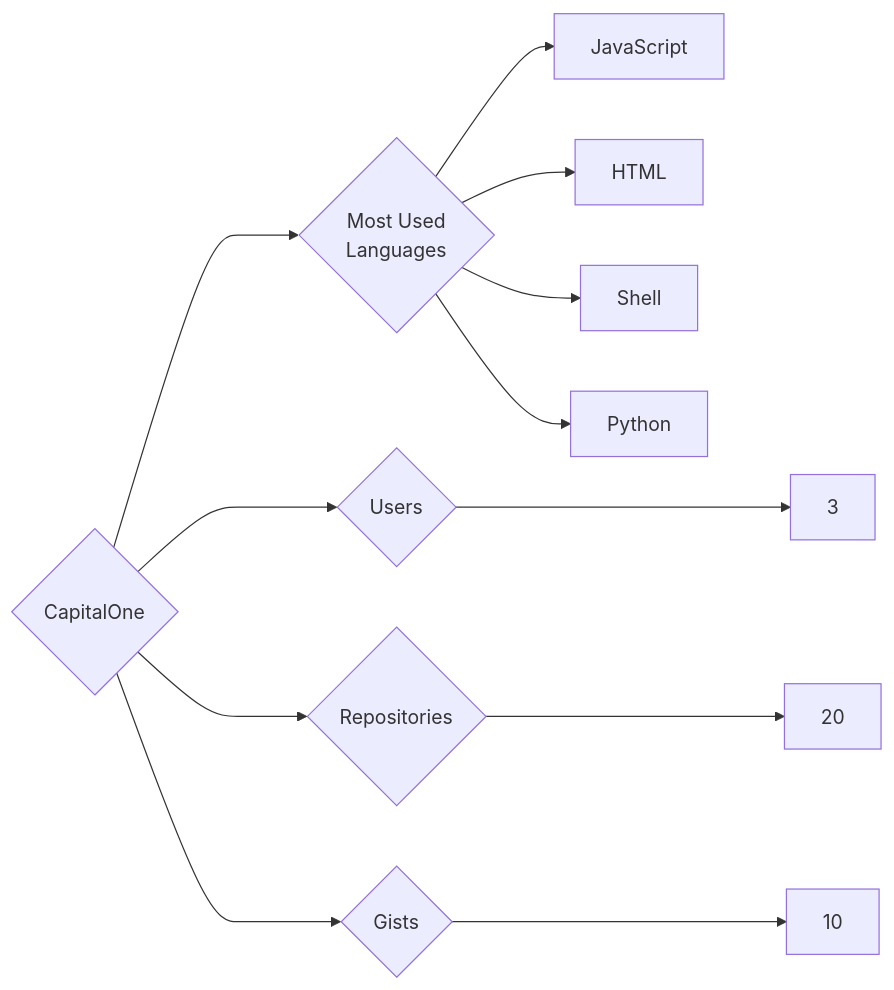
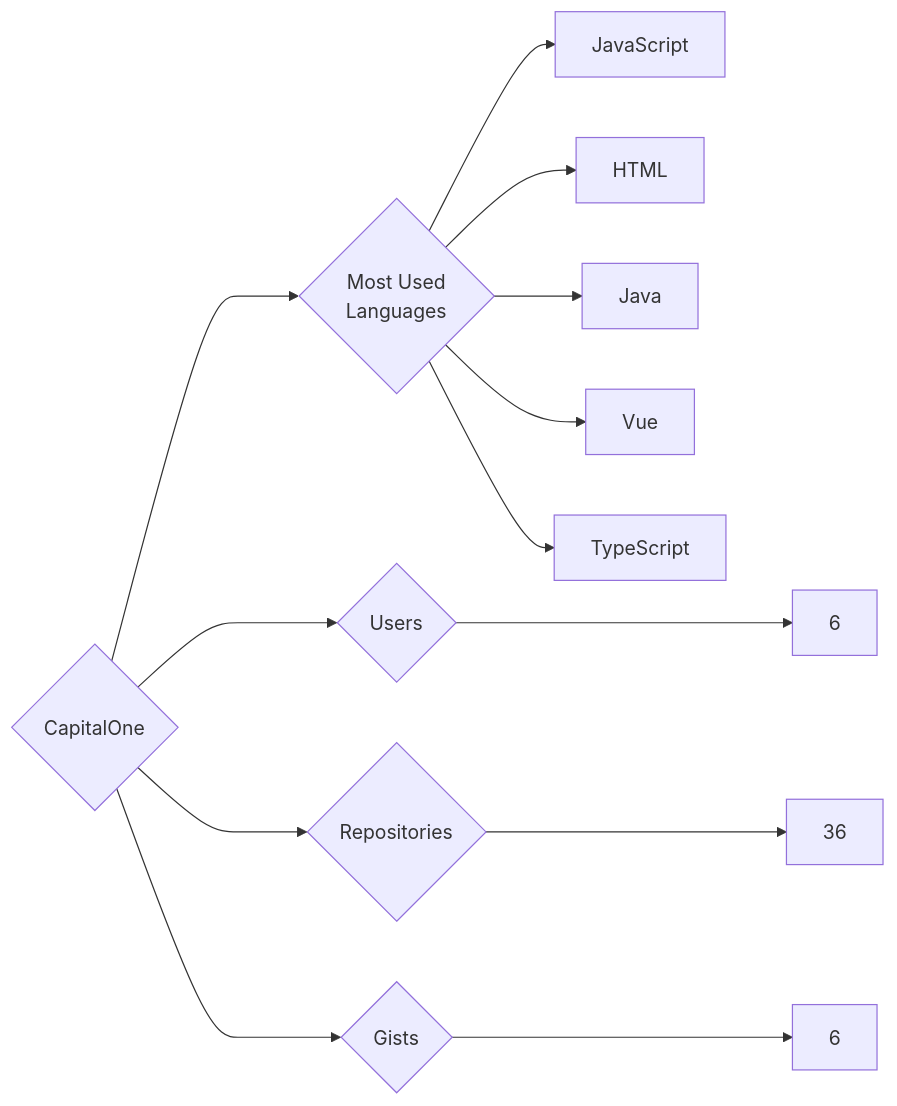
Before and after one commit to trickest/insiders: the diagram in targets/CapitalOne/README.md, drawn with Mermaid. The commit also changed 1007 other files, not shown here.

````diff
--- a/targets/CapitalOne/README.md
+++ b/targets/CapitalOne/README.md
@@ -3,12 +3,13 @@
 ```mermaid
 graph LR
 COMPANY_NAME{CapitalOne}
-COMPANY_NAME ---> U{Users} ---> UN[3]
-COMPANY_NAME ---> R{Repositories} ---> RN[20]
-COMPANY_NAME ---> G{Gists} ---> GN[10]
+COMPANY_NAME ---> U{Users} ---> UN[6]
+COMPANY_NAME ---> R{Repositories} ---> RN[36]
+COMPANY_NAME ---> G{Gists} ---> GN[6]
 COMPANY_NAME ---> ML{Most Used<br>Languages}
 ML --> JavaScript[JavaScript]
 ML --> HTML[HTML]
-ML --> Shell[Shell]
-ML --> Python[Python]
+ML --> Java[Java]
+ML --> Vue[Vue]
+ML --> TypeScript[TypeScript]
 ```
````
